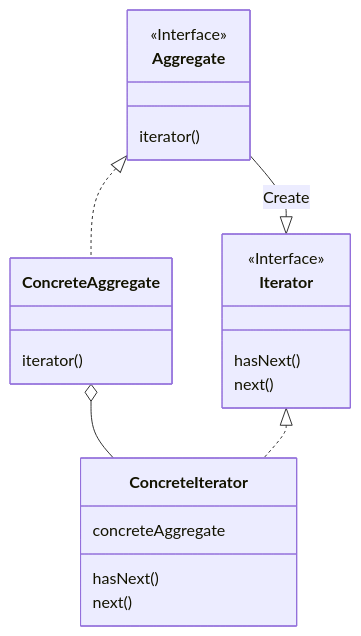
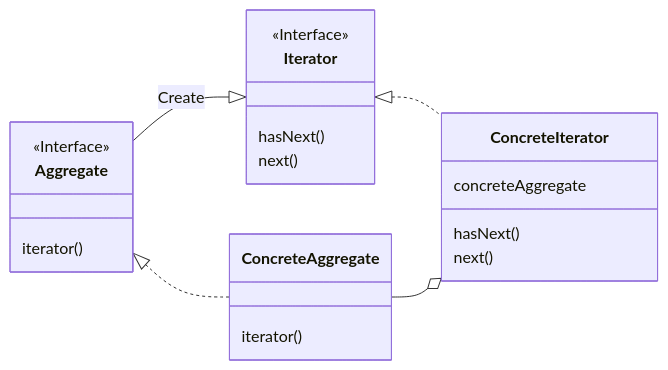
One commit to dchf12/Design-Patterns-TypeScript changed the first of 2 diagrams in 01 - Iterator Pattern/README.md. Above: the diagram before and after it, drawn with Mermaid. The commit also changed other lines of this file, not shown here.

Commit message:
docs: Add class diagram written in mermaid

````diff
--- a/01 - Iterator Pattern/README.md
+++ b/01 - Iterator Pattern/README.md
@@ -9,25 +9,26 @@
 ```mermaid
 classDiagram
+    direction LR
     class Aggregate{
         <<Interface>>
         iterator()
     }
     class Iterator{
         <<Interface>>
         hasNext()
         next()
     }
-    class ConcreteAggregate{
-        iterator()
-    }
     class ConcreteIterator{
         concreteAggregate
         hasNext()
         next()
     }
+    class ConcreteAggregate{
+        iterator()
+    }
 
     Aggregate <|.. ConcreteAggregate
     Aggregate --|> Iterator : Create
-    ConcreteAggregate o-- ConcreteIterator
     Iterator <|.. ConcreteIterator
+    ConcreteAggregate --o ConcreteIterator
 ```
````
